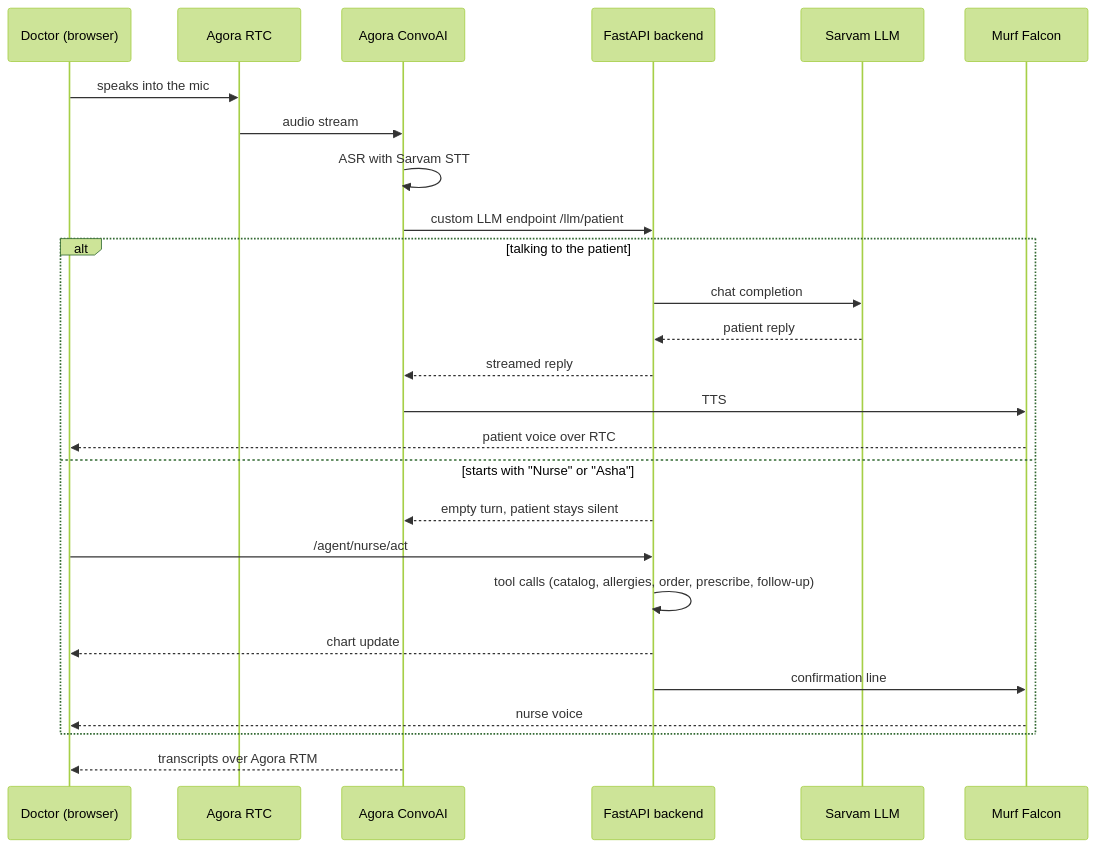
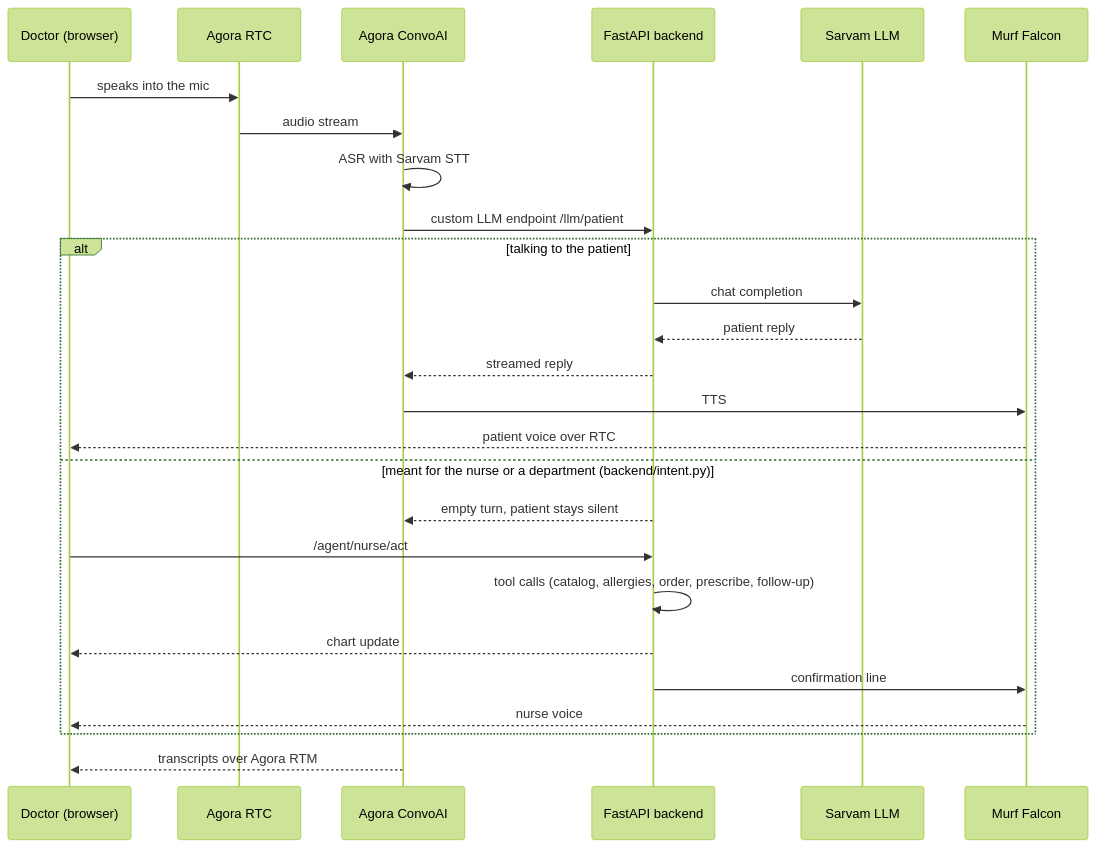
The second of 2 diagrams in README.md (DarshanKrishna-DK/Med-Sim), drawn with Mermaid (forest theme) before and after one commit. The commit also changed other lines of this file and 7 other files, not shown here.

````diff
--- a/README.md
+++ b/README.md
@@ -96,28 +162,28 @@
 ```mermaid
 sequenceDiagram
   participant D as Doctor (browser)
   participant R as Agora RTC
   participant C as Agora ConvoAI
   participant B as FastAPI backend
   participant S as Sarvam LLM
   participant M as Murf Falcon
   D->>R: speaks into the mic
   R->>C: audio stream
   C->>C: ASR with Sarvam STT
   C->>B: custom LLM endpoint /llm/patient
   alt talking to the patient
     B->>S: chat completion
     S-->>B: patient reply
     B-->>C: streamed reply
     C->>M: TTS
     M-->>D: patient voice over RTC
-  else starts with "Nurse" or "Asha"
+  else meant for the nurse or a department (backend/intent.py)
     B-->>C: empty turn, patient stays silent
     D->>B: /agent/nurse/act
     B->>B: tool calls (catalog, allergies, order, prescribe, follow-up)
     B-->>D: chart update
     B->>M: confirmation line
     M-->>D: nurse voice
   end
   C-->>D: transcripts over Agora RTM
 ```
````
